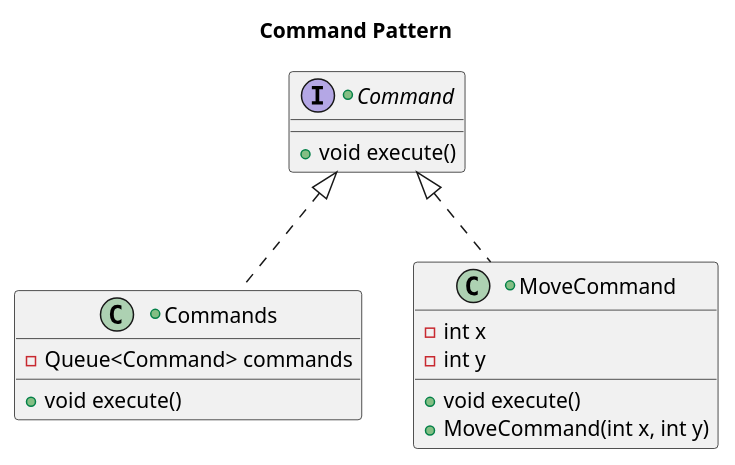
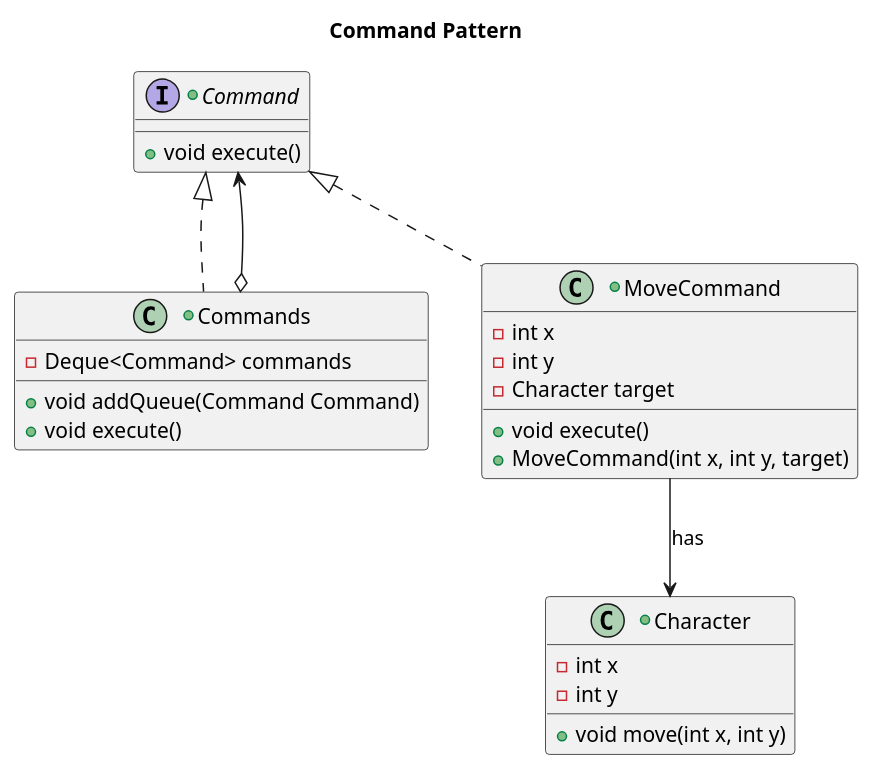
One commit to Shukupon/design-patterns changed the diagram in UML/command.pu. Above: the diagram before and after it, drawn with PlantUML. The commit also changed 1 other file, not shown here.

```diff
--- a/UML/command.pu
+++ b/UML/command.pu
@@ -1,20 +1,31 @@
 @startuml
 title Command Pattern
+
+MoveCommand --> Character: has
+Commands o--> Command
 
 +interface Command {
     + void execute()
  }
 
 +class Commands implements Command {
-    - Queue<Command> commands
+    - Deque<Command> commands
+    + void addQueue(Command Command)
     + void execute()
 }
 
 +class MoveCommand implements Command {
     - int x
     - int y
+    - Character target
     + void execute()
-    + MoveCommand(int x, int y)
+    + MoveCommand(int x, int y, target)
+}
+
++class Character {
+    - int x
+    - int y
+    + void move(int x, int y)
 }
 
 @enduml
```
